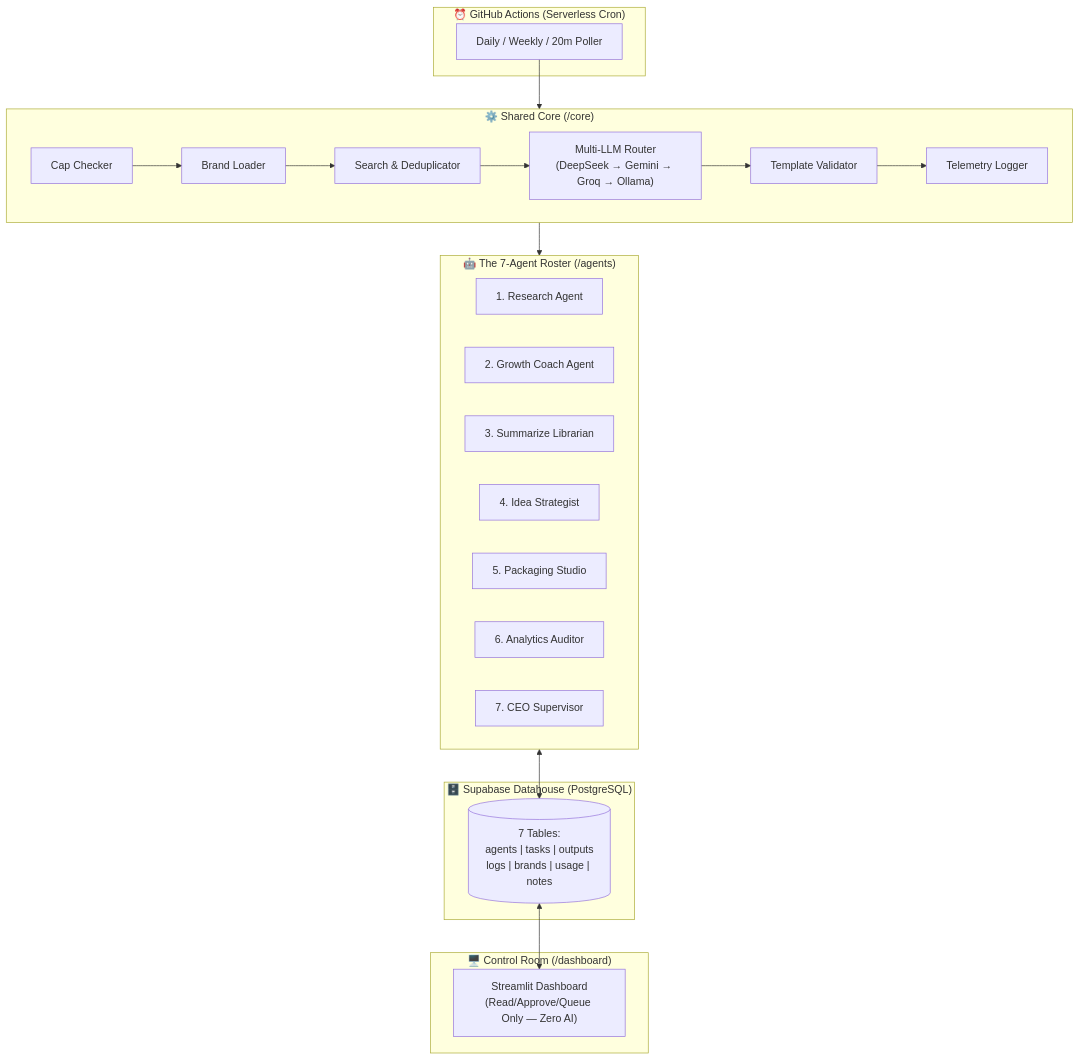
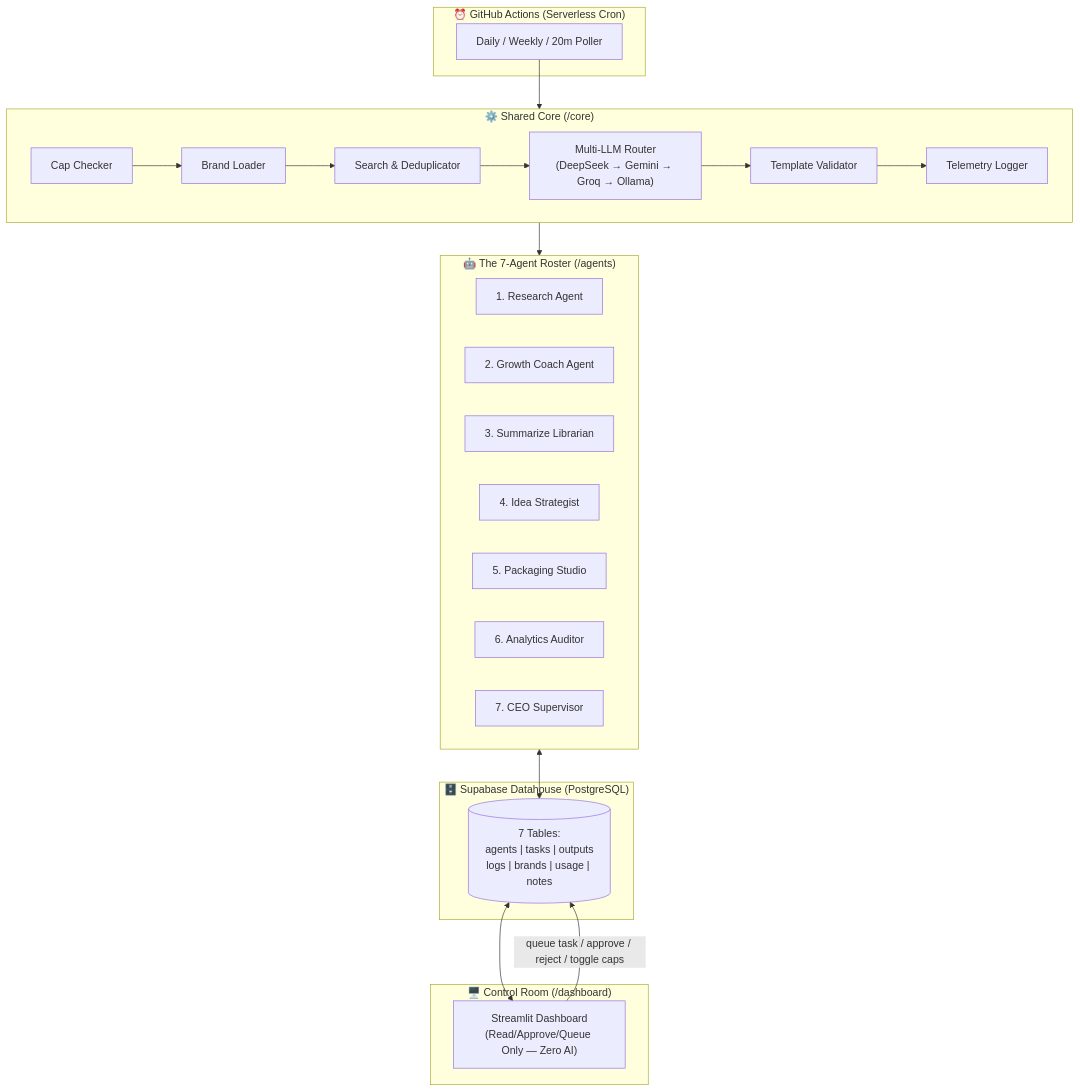
One commit to RishiSakhija/Rishi-OS changed the first of 3 diagrams in README.md. Above: the diagram before and after it, drawn with Mermaid. The commit also changed other lines of this file and 25 other files, not shown here.

````diff
--- a/README.md
+++ b/README.md
@@ -40,32 +40,33 @@
 ```mermaid
 flowchart TB
     subgraph Scheduler["⏰ GitHub Actions (Serverless Cron)"]
         CRON["Daily / Weekly / 20m Poller"]
     end
     subgraph Core["⚙️ Shared Core (/core)"]
         CAPS["Cap Checker"] --> BRANDS["Brand Loader"]
         BRANDS --> SEARCH["Search & Deduplicator"]
         SEARCH --> ROUTER["Multi-LLM Router\n(DeepSeek → Gemini → Groq → Ollama)"]
         ROUTER --> VALID["Template Validator"]
         VALID --> LOG["Telemetry Logger"]
     end
     subgraph Roster["🤖 The 7-Agent Roster (/agents)"]
         A1["1. Research Agent"]
         A2["2. Growth Coach Agent"]
         A3["3. Summarize Librarian"]
         A4["4. Idea Strategist"]
         A5["5. Packaging Studio"]
         A6["6. Analytics Auditor"]
         A7["7. CEO Supervisor"]
     end
     subgraph Datahouse["🗄️ Supabase Datahouse (PostgreSQL)"]
         DB[("7 Tables:\nagents | tasks | outputs\nlogs | brands | usage | notes")]
     end
     subgraph UI["🖥️ Control Room (/dashboard)"]
         ST["Streamlit Dashboard\n(Read/Approve/Queue Only — Zero AI)"]
     end
     CRON --> Core
     Core --> Roster
     Roster <--> DB
     DB <--> ST
+    ST -->|"queue task / approve / reject / toggle caps"| DB
 ```
````
